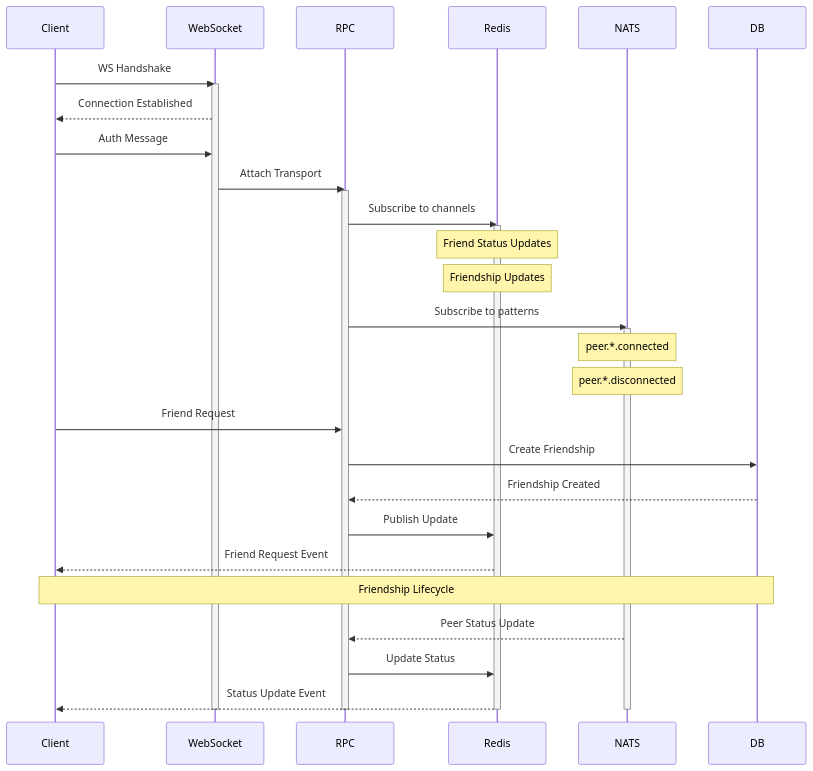
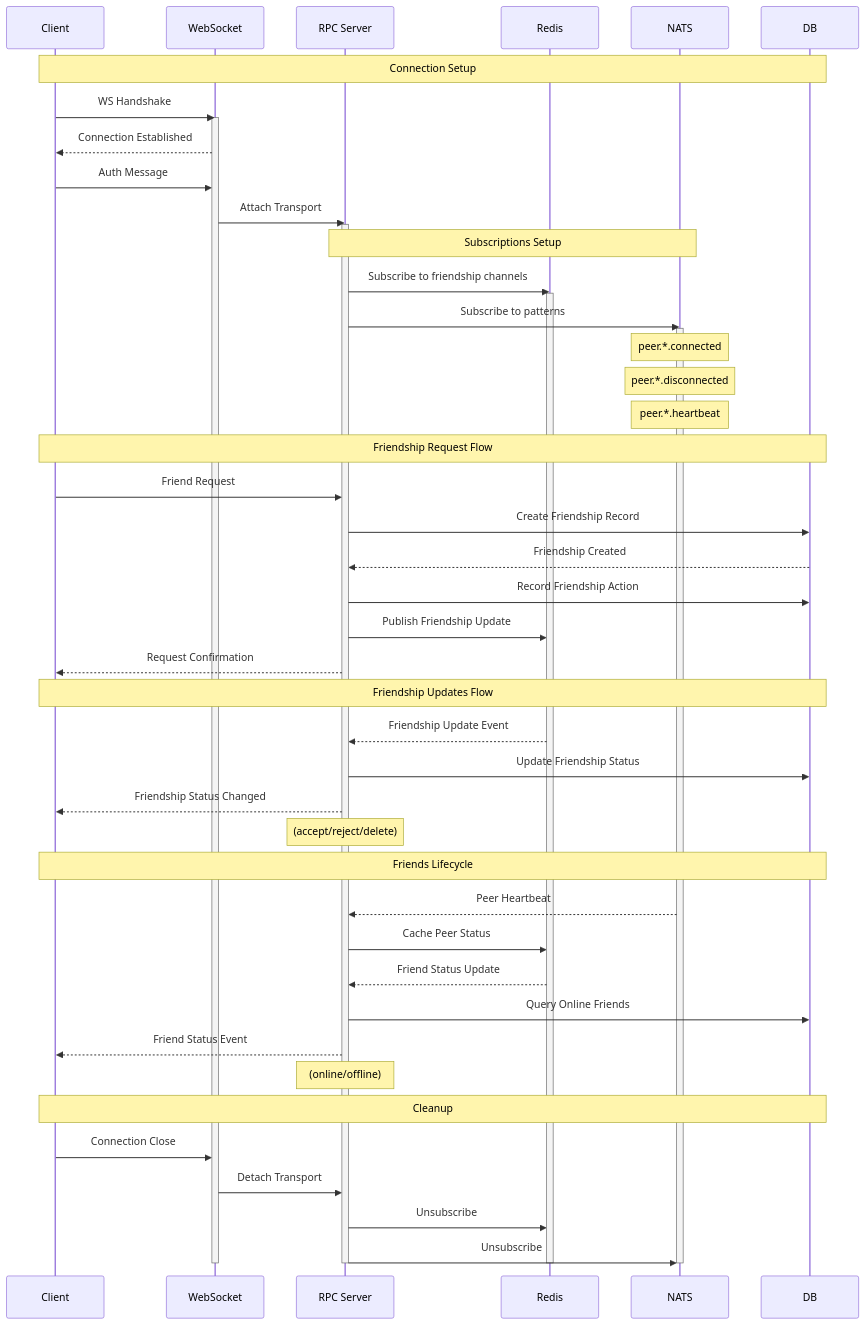
Before and after one commit to decentraland/social-service-ea: the second of 2 diagrams in README.md, drawn with Mermaid.

Commit message:
chore: Improve seq diagram

````diff
--- a/README.md
+++ b/README.md
@@ -99,45 +99,58 @@
 ```mermaid
 sequenceDiagram
     participant Client
     participant WebSocket
-    participant RPC
+    participant RPC Server
     participant Redis
     participant NATS
     participant DB
 
+    Note over Client,DB: Connection Setup
     Client->>WebSocket: WS Handshake
     activate WebSocket
     WebSocket-->>Client: Connection Established
+    Client->>WebSocket: Auth Message
+    WebSocket->>RPC Server: Attach Transport
+    activate RPC Server
 
-    Client->>WebSocket: Auth Message
-    WebSocket->>RPC: Attach Transport
-    activate RPC
-
-    RPC->>Redis: Subscribe to channels
+    Note over RPC Server,NATS: Subscriptions Setup
+    RPC Server->>Redis: Subscribe to friendship channels
     activate Redis
-    Note over Redis: Friend Status Updates
-    Note over Redis: Friendship Updates
-
-    RPC->>NATS: Subscribe to patterns
+    RPC Server->>NATS: Subscribe to patterns
     activate NATS
     Note over NATS: peer.*.connected
     Note over NATS: peer.*.disconnected
+    Note over NATS: peer.*.heartbeat
 
-    Client->>RPC: Friend Request
-    RPC->>DB: Create Friendship
-    DB-->>RPC: Friendship Created
+    Note over Client,DB: Friendship Request Flow
+    Client->>RPC Server: Friend Request
+    RPC Server->>DB: Create Friendship Record
+    DB-->>RPC Server: Friendship Created
+    RPC Server->>DB: Record Friendship Action
+    RPC Server->>Redis: Publish Friendship Update
+    RPC Server-->>Client: Request Confirmation
 
-    RPC->>Redis: Publish Update
-    Redis-->>Client: Friend Request Event
+    Note over Client,DB: Friendship Updates Flow
+    Redis-->>RPC Server: Friendship Update Event
+    RPC Server->>DB: Update Friendship Status
+    RPC Server-->>Client: Friendship Status Changed
+    Note over RPC Server: (accept/reject/delete)
 
-    Note over Client,DB: Friendship Lifecycle
+    Note over Client,DB: Friends Lifecycle
+    NATS-->>RPC Server: Peer Heartbeat
+    RPC Server->>Redis: Cache Peer Status
+    Redis-->>RPC Server: Friend Status Update
+    RPC Server->>DB: Query Online Friends
+    RPC Server-->>Client: Friend Status Event
+    Note over RPC Server: (online/offline)
 
-    NATS-->>RPC: Peer Status Update
-    RPC->>Redis: Update Status
-    Redis-->>Client: Status Update Event
-
+    Note over Client,DB: Cleanup
+    Client->>WebSocket: Connection Close
+    WebSocket->>RPC Server: Detach Transport
+    RPC Server->>Redis: Unsubscribe
+    RPC Server->>NATS: Unsubscribe
     deactivate WebSocket
-    deactivate RPC
+    deactivate RPC Server
     deactivate Redis
     deactivate NATS
 ```
````
